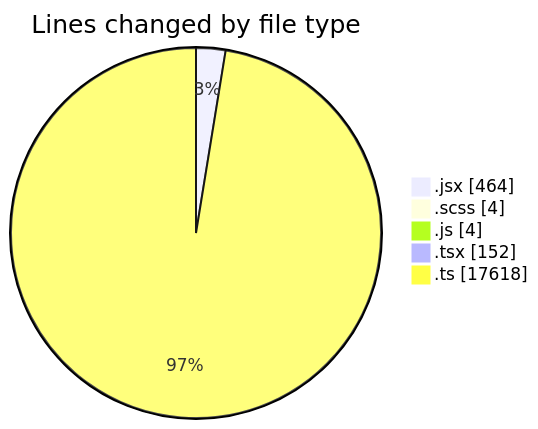
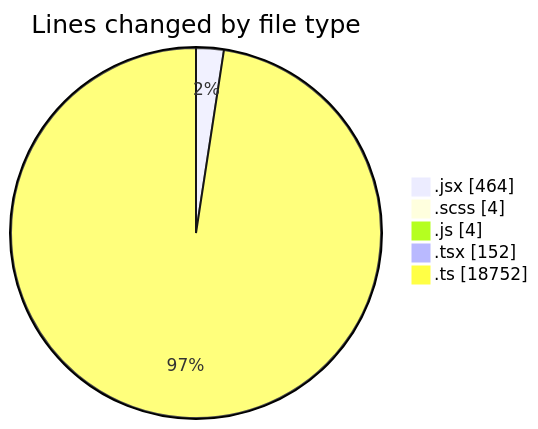
Before and after one commit to momahboobian/code-tracking: the first of 2 diagrams in 2025-06-04/cda/README.md, drawn with Mermaid. The commit also changed other lines of this file and 1 other file, not shown here.

````diff
--- a/2025-06-04/cda/README.md
+++ b/2025-06-04/cda/README.md
@@ -26,9 +27,9 @@
 ```mermaid
 pie showData
 title Lines changed by file type
 ".jsx" : 464
 ".scss" : 4
 ".js" : 4
 ".tsx" : 152
-".ts" : 17618
+".ts" : 18752
 ```
````
